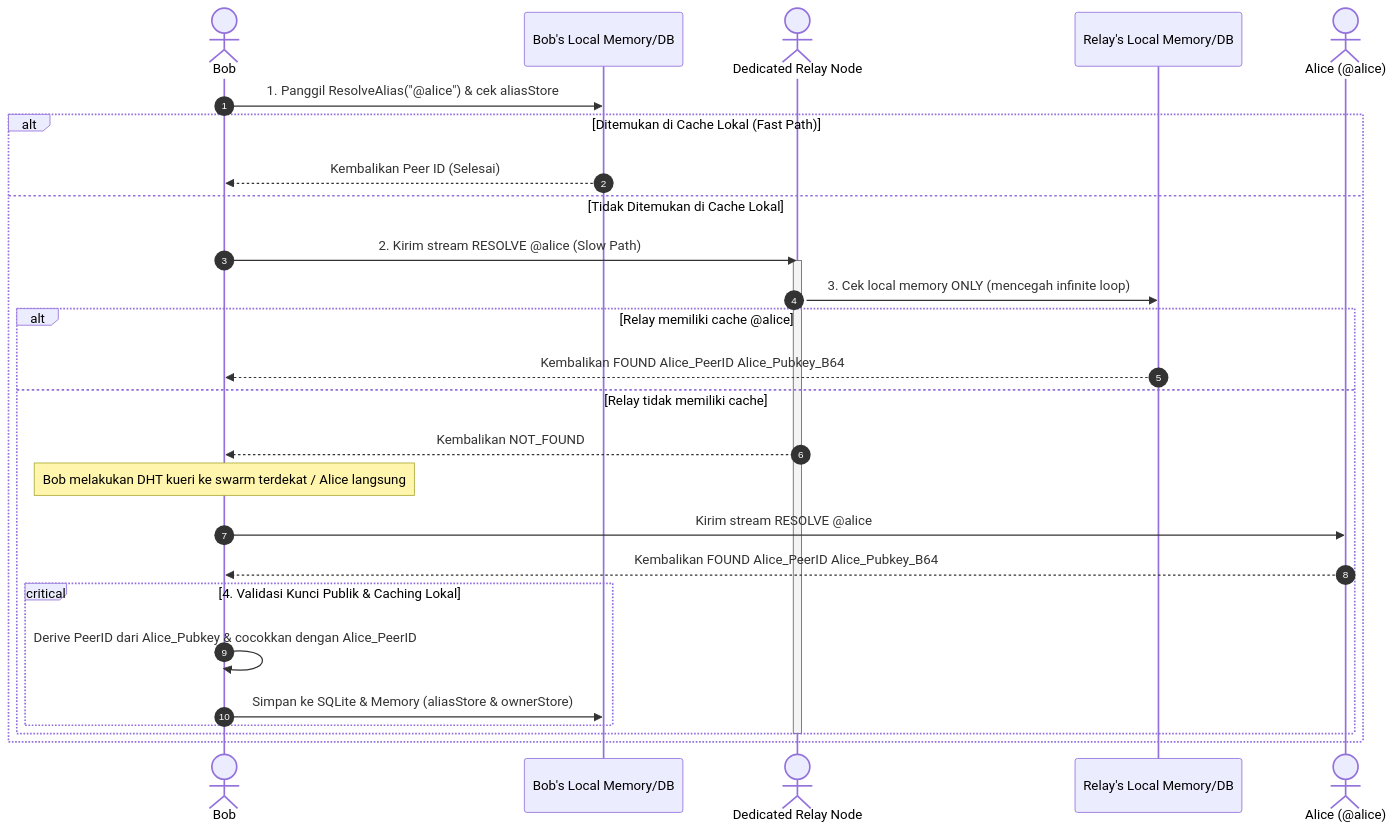
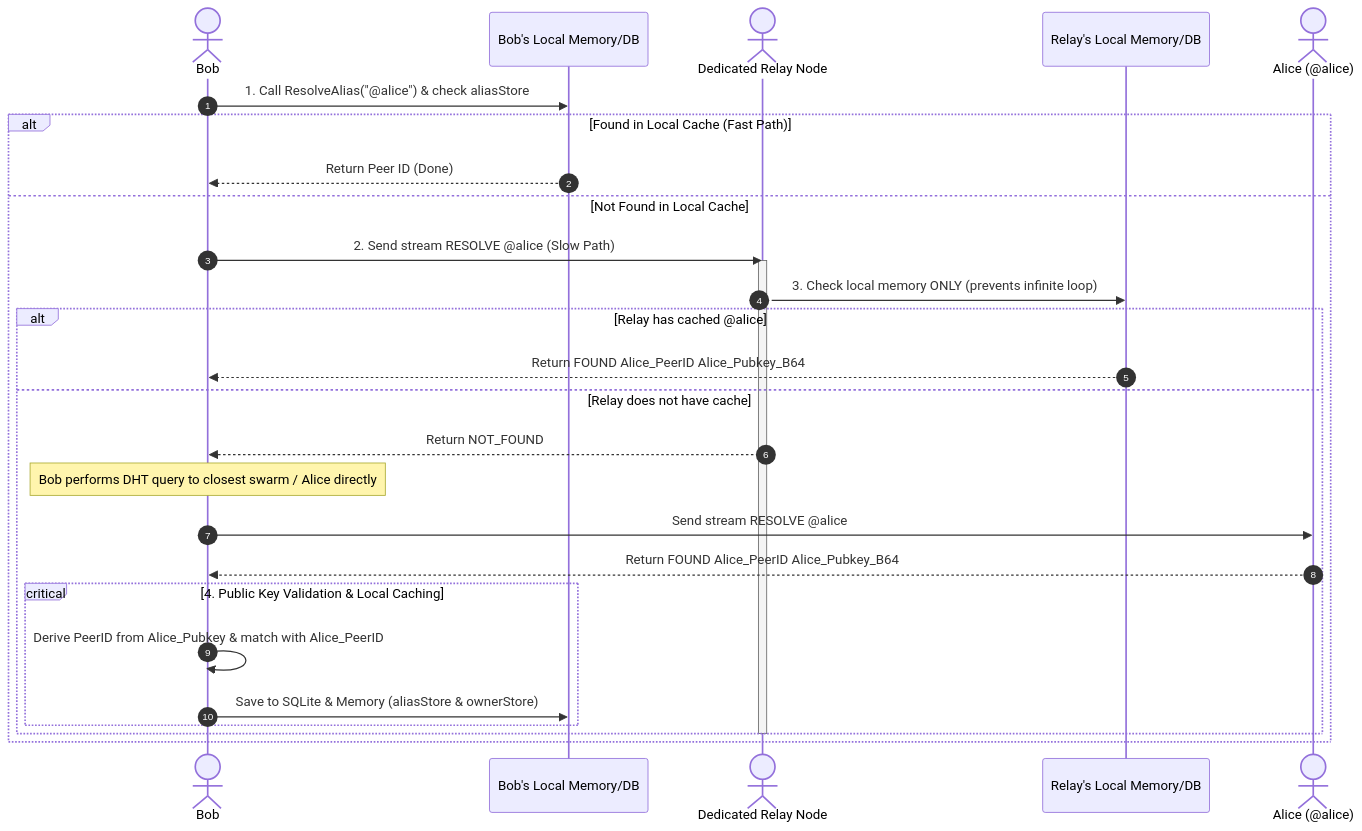
The ninth of 9 diagrams in architecture_diagrams.md (nicabreon/meshsage), drawn with Mermaid before and after one commit.

Commit message:
docs: translate alias resolution diagram to English

````diff
--- a/architecture_diagrams.md
+++ b/architecture_diagrams.md
@@ -449,34 +449,34 @@
 ```mermaid
 sequenceDiagram
     autonumber
     actor Bob as Bob
     participant MemBob as Bob's Local Memory/DB
     actor Relay as Dedicated Relay Node
     participant MemRelay as Relay's Local Memory/DB
     actor Alice as Alice (@alice)
 
-    Bob->>MemBob: 1. Panggil ResolveAlias("@alice") & cek aliasStore
-    alt Ditemukan di Cache Lokal (Fast Path)
-        MemBob-->>Bob: Kembalikan Peer ID (Selesai)
-    else Tidak Ditemukan di Cache Lokal
-        Bob->>Relay: 2. Kirim stream RESOLVE @alice (Slow Path)
+    Bob->>MemBob: 1. Call ResolveAlias("@alice") & check aliasStore
+    alt Found in Local Cache (Fast Path)
+        MemBob-->>Bob: Return Peer ID (Done)
+    else Not Found in Local Cache
+        Bob->>Relay: 2. Send stream RESOLVE @alice (Slow Path)
         
         activate Relay
-        Relay->>MemRelay: 3. Cek local memory ONLY (mencegah infinite loop)
+        Relay->>MemRelay: 3. Check local memory ONLY (prevents infinite loop)
         
-        alt Relay memiliki cache @alice
-            MemRelay-->>Bob: Kembalikan FOUND Alice_PeerID Alice_Pubkey_B64
-        else Relay tidak memiliki cache
-            Relay-->>Bob: Kembalikan NOT_FOUND
-            Note over Bob: Bob melakukan DHT kueri ke swarm terdekat / Alice langsung
-            Bob->>Alice: Kirim stream RESOLVE @alice
-            Alice-->>Bob: Kembalikan FOUND Alice_PeerID Alice_Pubkey_B64
+        alt Relay has cached @alice
+            MemRelay-->>Bob: Return FOUND Alice_PeerID Alice_Pubkey_B64
+        else Relay does not have cache
+            Relay-->>Bob: Return NOT_FOUND
+            Note over Bob: Bob performs DHT query to closest swarm / Alice directly
+            Bob->>Alice: Send stream RESOLVE @alice
+            Alice-->>Bob: Return FOUND Alice_PeerID Alice_Pubkey_B64
             
-            critical 4. Validasi Kunci Publik & Caching Lokal
-                Bob->>Bob: Derive PeerID dari Alice_Pubkey & cocokkan dengan Alice_PeerID
-                Bob->>MemBob: Simpan ke SQLite & Memory (aliasStore & ownerStore)
+            critical 4. Public Key Validation & Local Caching
+                Bob->>Bob: Derive PeerID from Alice_Pubkey & match with Alice_PeerID
+                Bob->>MemBob: Save to SQLite & Memory (aliasStore & ownerStore)
             end
         end
         deactivate Relay
     end
 ```
````
